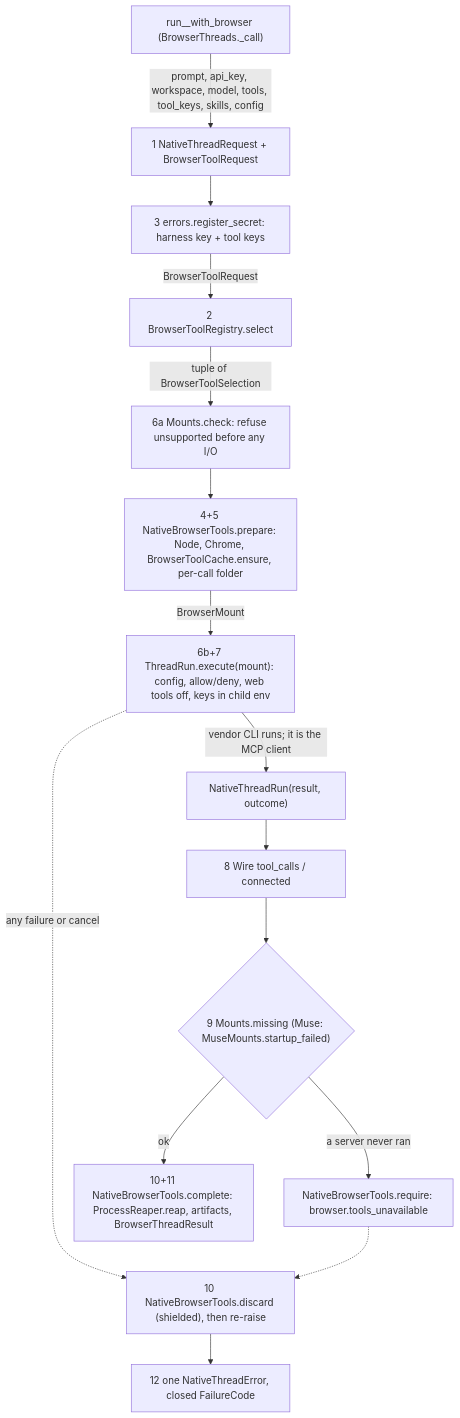
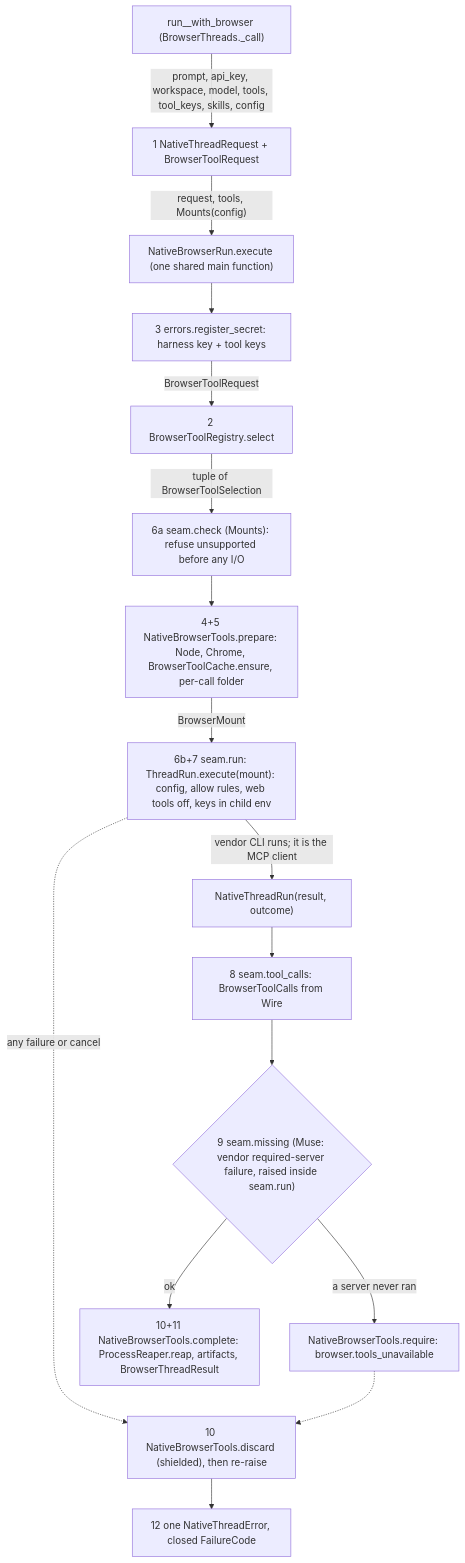
One commit to cerredz/Vidbyte-SDK changed the diagram in docs/spec/harness-browser-tools/spec.md. Above: the diagram before and after it, drawn with Mermaid. The commit also changed other lines of this file, not shown here.

First line of the commit message:
docs(spec): revise harness-browser-tools spec r2 (apply review r1)

````diff
--- a/docs/spec/harness-browser-tools/spec.md
+++ b/docs/spec/harness-browser-tools/spec.md
@@ -121,17 +127,18 @@
 ```mermaid
 flowchart TD
   A["run_<harness>_with_browser (<H>BrowserThreads._call)"] -->|"prompt, api_key, workspace, model, tools, tool_keys, skills, config"| B["1 NativeThreadRequest + BrowserToolRequest"]
-  B --> C["3 errors.register_secret: harness key + tool keys"]
+  B -->|"request, tools, <H>Mounts(config)"| R["NativeBrowserRun.execute (one shared main function)"]
+  R --> C["3 errors.register_secret: harness key + tool keys"]
   C -->|BrowserToolRequest| D["2 BrowserToolRegistry.select"]
-  D -->|"tuple of BrowserToolSelection"| E["6a <H>Mounts.check: refuse unsupported before any I/O"]
+  D -->|"tuple of BrowserToolSelection"| E["6a seam.check (<H>Mounts): refuse unsupported before any I/O"]
   E --> F["4+5 NativeBrowserTools.prepare: Node, Chrome, BrowserToolCache.ensure, per-call folder"]
-  F -->|BrowserMount| G["6b+7 <H>ThreadRun.execute(mount): config, allow/deny, web tools off, keys in child env"]
+  F -->|BrowserMount| G["6b+7 seam.run: <H>ThreadRun.execute(mount): config, allow rules, web tools off, keys in child env"]
   G -->|"vendor CLI runs; it is the MCP client"| H["NativeThreadRun(result, outcome)"]
-  H --> I["8 <H>Wire tool_calls / connected"]
-  I --> J{"9 <H>Mounts.missing (Muse: MuseMounts.startup_failed)"}
+  H --> I["8 seam.tool_calls: BrowserToolCalls from <H>Wire"]
+  I --> J{"9 seam.missing (Muse: vendor required-server failure, raised inside seam.run)"}
   J -->|"a server never ran"| K["NativeBrowserTools.require: browser.tools_unavailable"]
   J -->|ok| L["10+11 NativeBrowserTools.complete: ProcessReaper.reap, artifacts, BrowserThreadResult"]
   G -.->|"any failure or cancel"| M["10 NativeBrowserTools.discard (shielded), then re-raise"]
   K -.-> M
   M --> N["12 one NativeThreadError, closed FailureCode"]
 ```
````
